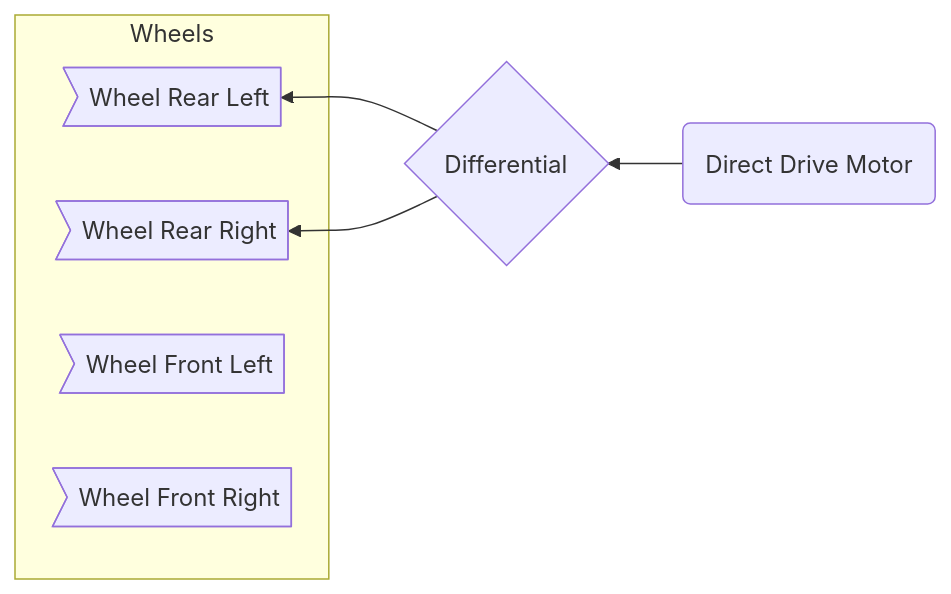
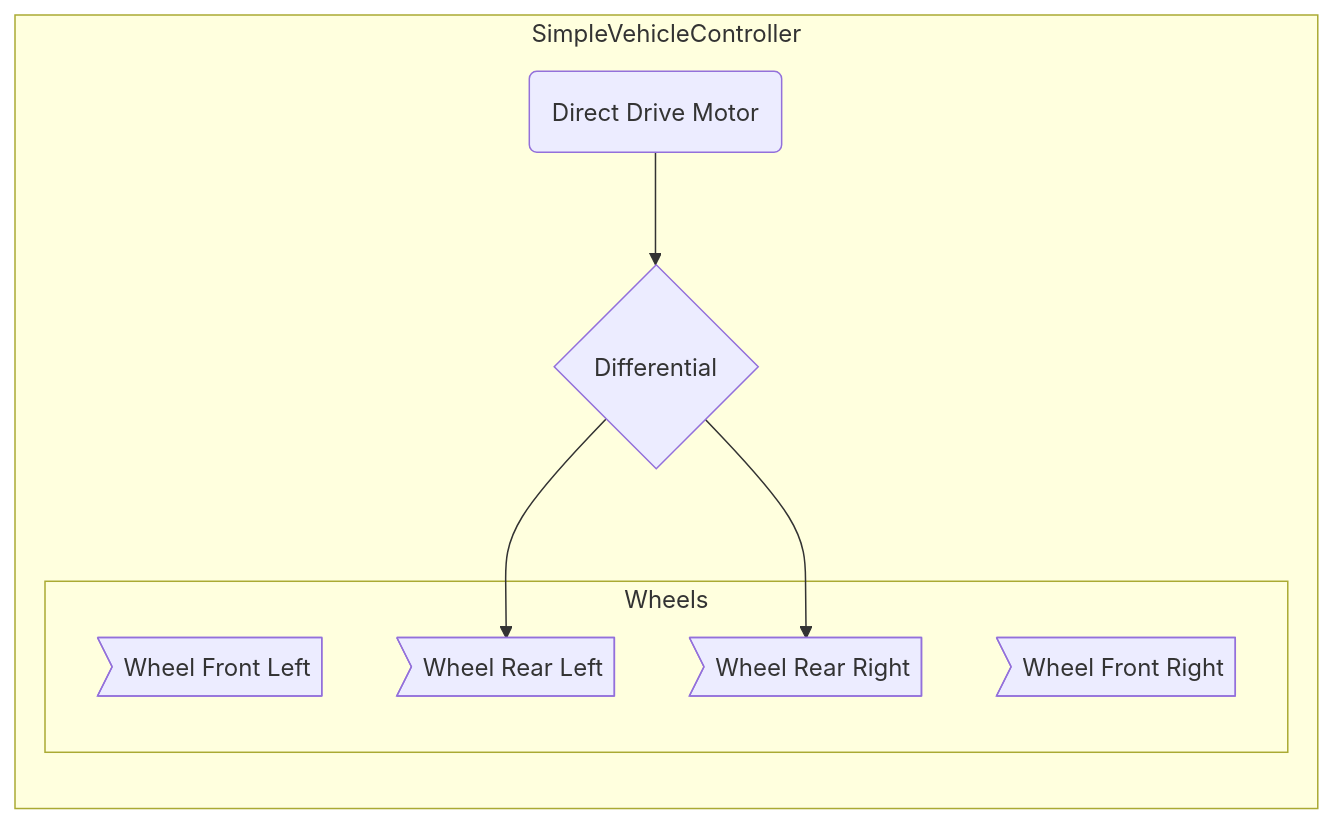
One commit to EdyJ/vehicle-physics-docs changed the diagram in docs/advanced/custom-vehicles.md. Above: the diagram before and after it, drawn with Mermaid. The commit also changed other lines of this file and 2 other files, not shown here.

Commit message:
Flowcharts and text improved

```diff
--- a/docs/advanced/custom-vehicles.md
+++ b/docs/advanced/custom-vehicles.md
@@ -18,15 +18,21 @@
 <div class="mermaid">
 graph RL
-Eng(Direct Drive Motor)
-Diff{Differential}
-Eng-->Diff
-Diff-->WRL
-Diff-->WRR
-
+subgraph SimpleVehicleController
 subgraph Wheels
 WFL>Wheel Front Left]
 WFR>Wheel Front Right]
 WRL>Wheel Rear Left]
 WRR>Wheel Rear Right]
 end
+
+%% Trick for making them appear first
+WFL
+WFR
+
+Eng(Direct Drive Motor)
+Diff{Differential}
+Eng-->Diff
+Diff-->WRL
+Diff-->WRR
+end
 </div>
```
